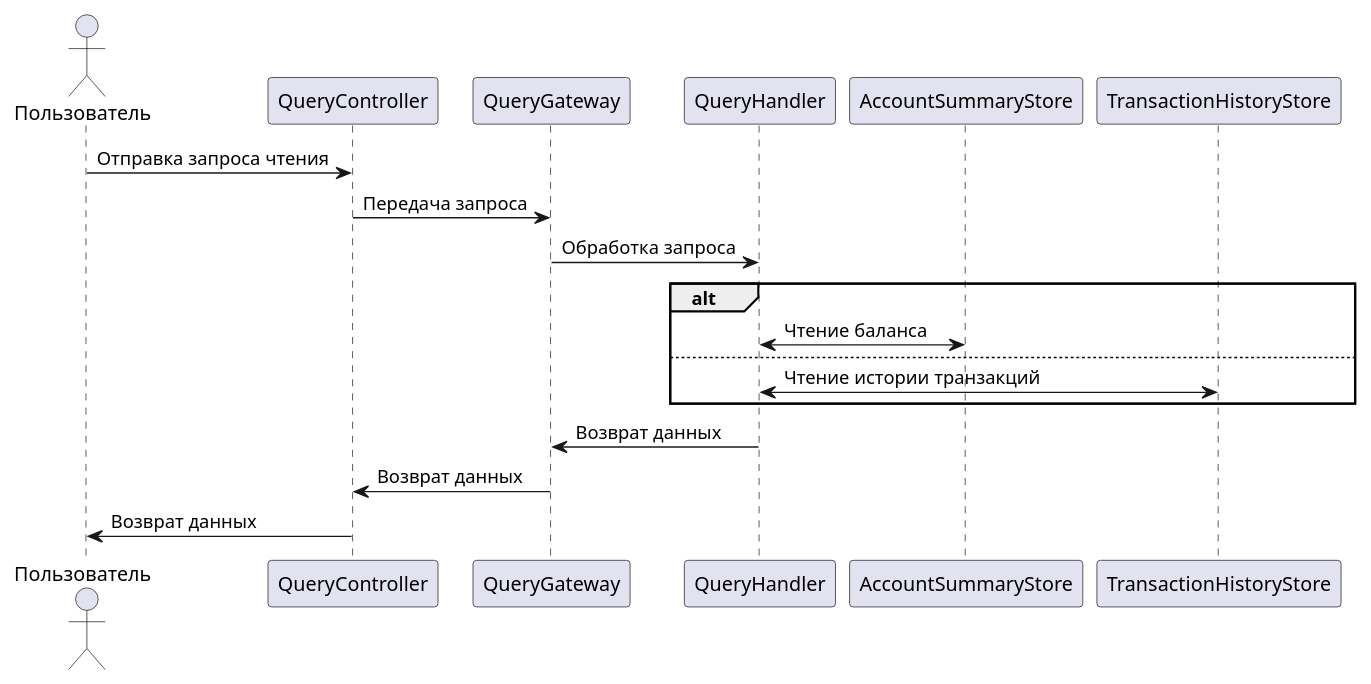
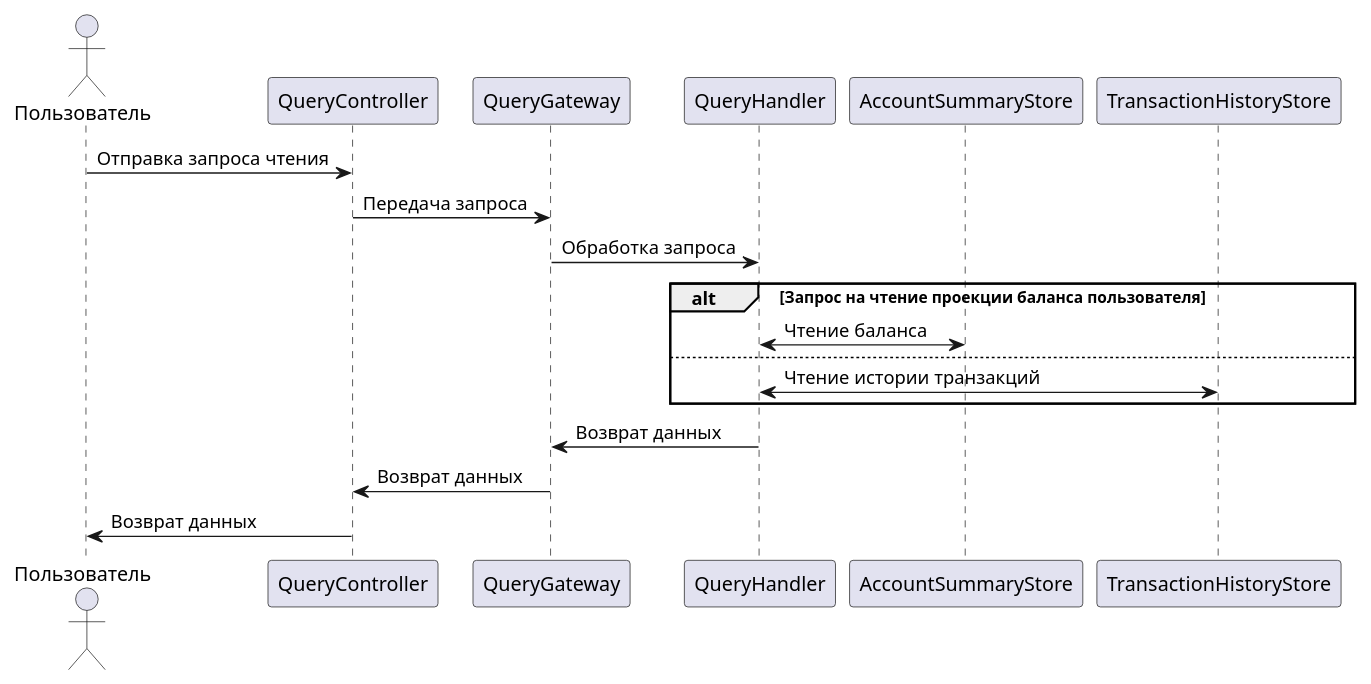
One commit to mayosen/finance-app changed the diagram in docs/diagram/7-query-flow-sequence-diagram.plantuml. Above: the diagram before and after it, drawn with PlantUML. The commit also changed 3 other files, not shown here.

```diff
--- a/docs/diagram/7-query-flow-sequence-diagram.plantuml
+++ b/docs/diagram/7-query-flow-sequence-diagram.plantuml
@@ -1,22 +1,22 @@
 @startuml
 actor User as "Пользователь"
 participant QueryController as "QueryController"
 participant QueryGateway as "QueryGateway"
 participant QueryHandler as "QueryHandler"
 participant AccountSummaryStore as "AccountSummaryStore"
 participant TransactionHistoryStore as "TransactionHistoryStore"
 
 User -> QueryController: Отправка запроса чтения
 QueryController -> QueryGateway: Передача запроса
 QueryGateway -> QueryHandler: Обработка запроса
 
-alt
+alt Запрос на чтение проекции баланса пользователя
     QueryHandler <-> AccountSummaryStore: Чтение баланса
 else
     QueryHandler <-> TransactionHistoryStore: Чтение истории транзакций
 end
 
 QueryGateway <- QueryHandler: Возврат данных
 QueryController <- QueryGateway: Возврат данных
 User <- QueryController: Возврат данных
 @enduml
```
